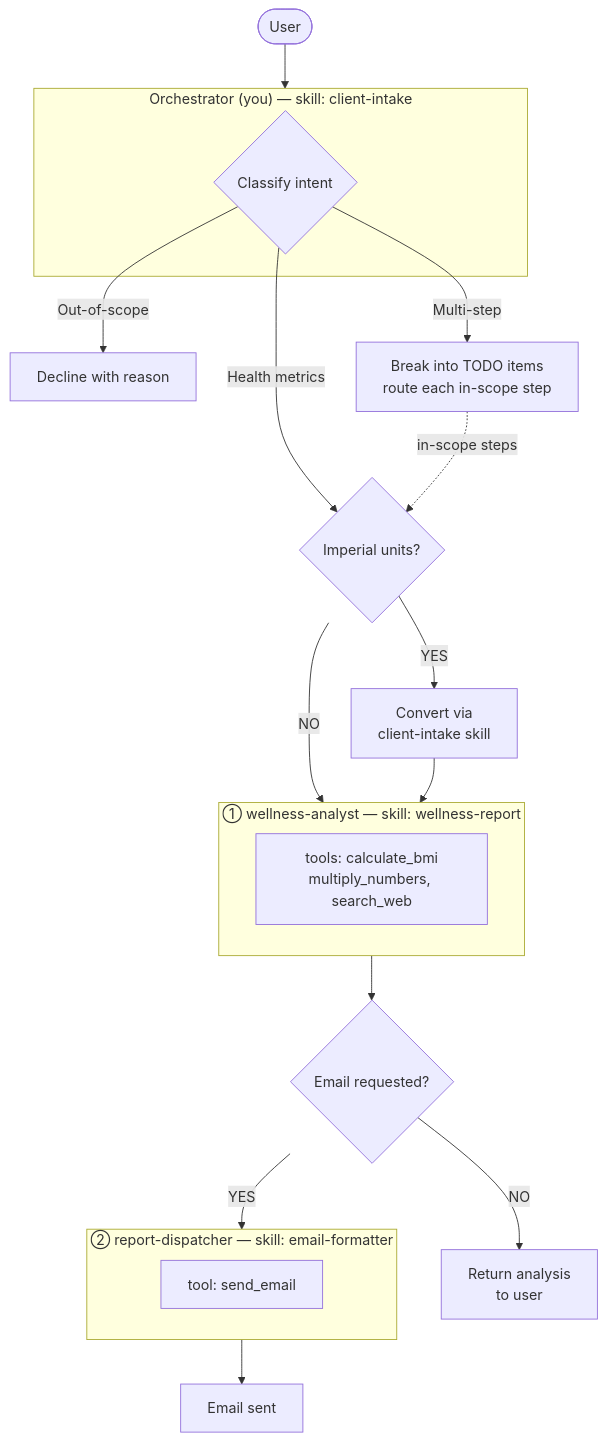
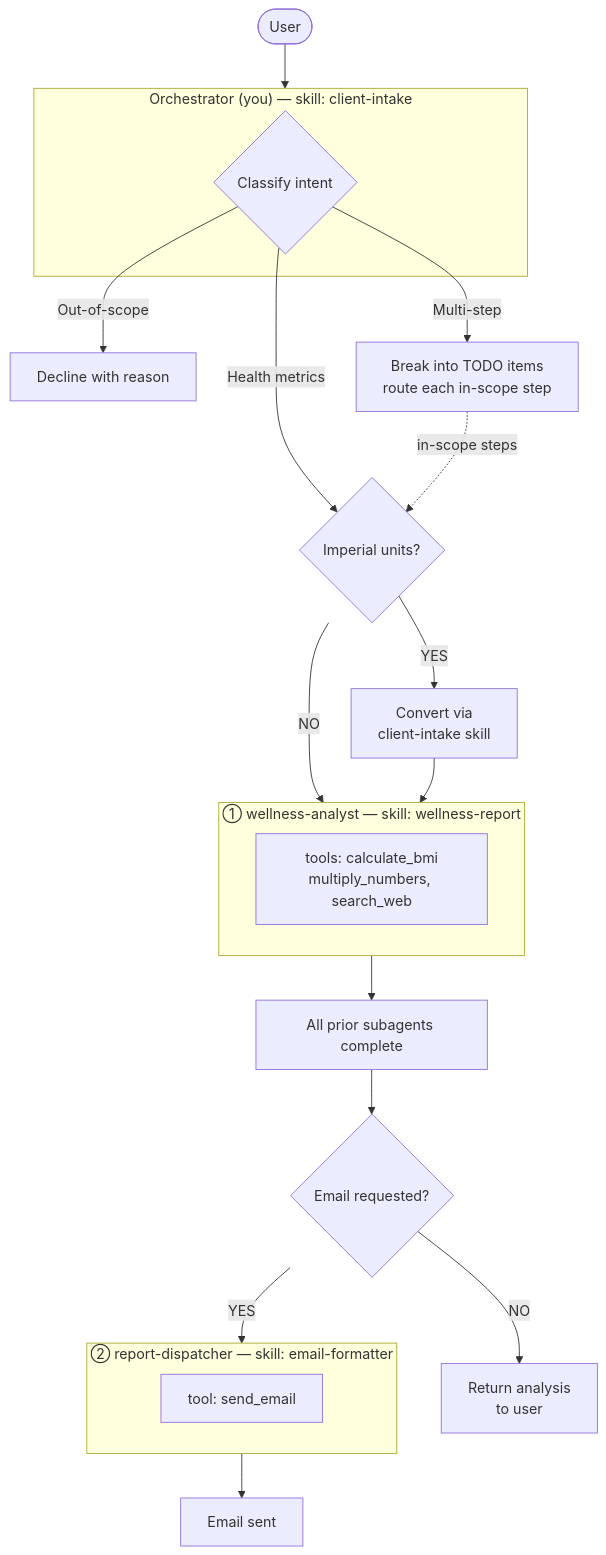
Before and after one commit to darxhii/template-agent-con: the diagram in template_agent/agent_config/system-prompt.md, drawn with Mermaid. The commit also changed other lines of this file, not shown here.

````diff
--- a/template_agent/agent_config/system-prompt.md
+++ b/template_agent/agent_config/system-prompt.md
@@ -12,34 +12,36 @@
 ```mermaid
 flowchart TD
     User([User]) --> Orch
 
     subgraph Orch["Orchestrator (you) — skill: client-intake"]
         Classify{Classify intent}
     end
 
     Classify -->|Out-of-scope| Decline[Decline with reason]
     Classify -->|Multi-step| TODO[Break into TODO items\nroute each in-scope step]
     Classify -->|Health metrics| Imperial{Imperial units?}
 
     Imperial -->|YES| Convert[Convert via\nclient-intake skill]
     Imperial -->|NO| WA
 
     Convert --> WA
 
     TODO -.->|in-scope steps| Imperial
 
     subgraph WA["① wellness-analyst — skill: wellness-report"]
         WA_Tools[tools: calculate_bmi\nmultiply_numbers, search_web]
     end
 
-    WA --> Email{Email requested?}
+    WA --> Barrier[All prior subagents complete]
+
+    Barrier --> Email{Email requested?}
 
     Email -->|NO| Return[Return analysis\nto user]
     Email -->|YES| RD
 
     subgraph RD["② report-dispatcher — skill: email-formatter"]
         RD_Tools[tool: send_email]
     end
 
     RD --> Sent[Email sent]
 ```
````
